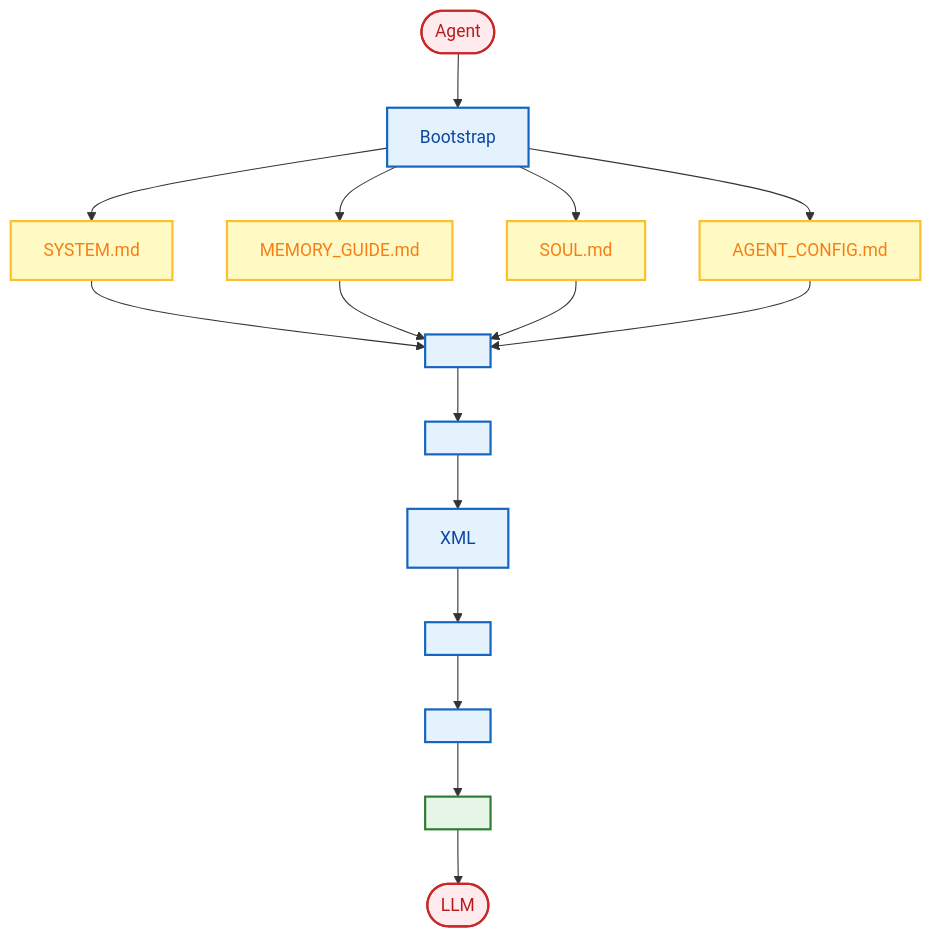
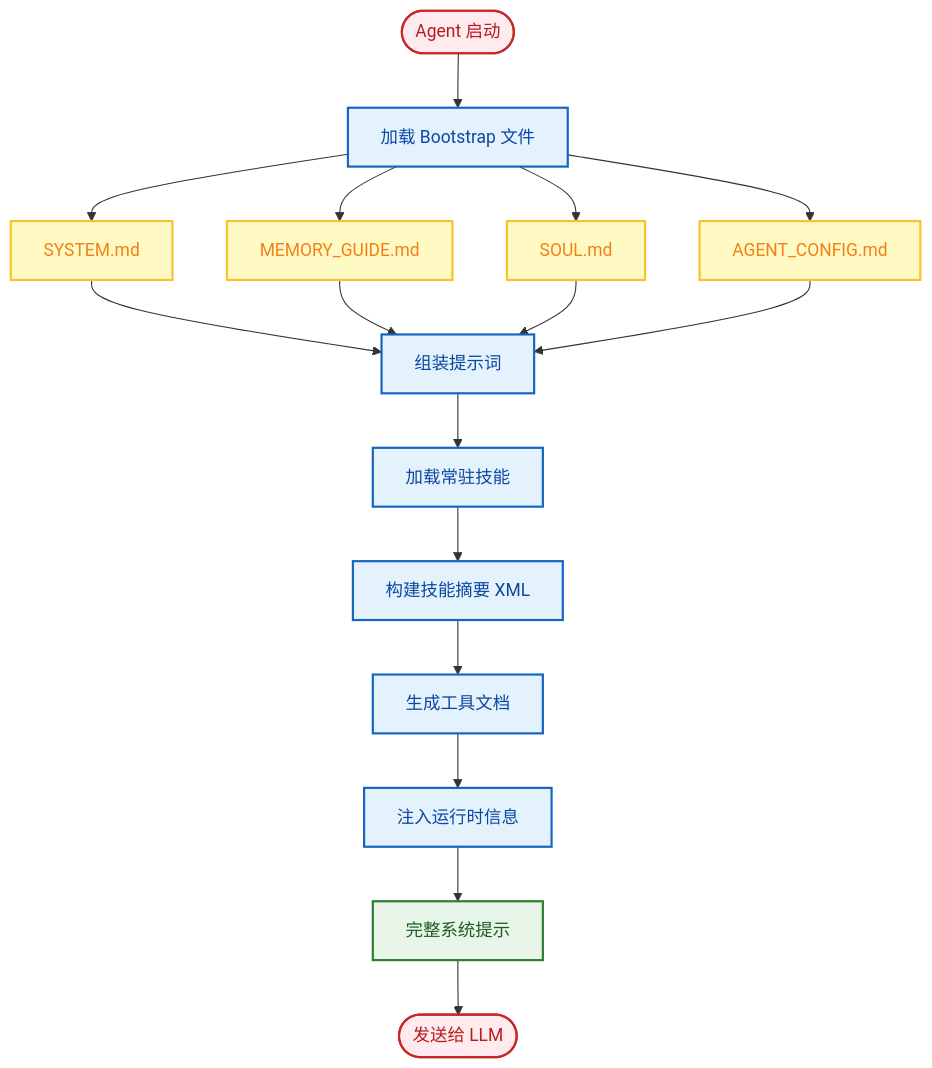
One commit to xt765/FinchBot changed the fourth of 6 diagrams in docs/zh-CN/blog/finchbot-flexible-ai-agent-framework.md. Above: the diagram before and after it, drawn with Mermaid. The commit also changed other lines of this file, not shown here.

````diff
--- a/docs/zh-CN/blog/finchbot-flexible-ai-agent-framework.md
+++ b/docs/zh-CN/blog/finchbot-flexible-ai-agent-framework.md
@@ -287,28 +368,27 @@
 ```mermaid
 flowchart TD
-    %% 
     classDef startEnd fill:#ffebee,stroke:#c62828,stroke-width:2px,color:#b71c1c;
     classDef process fill:#e3f2fd,stroke:#1565c0,stroke-width:2px,color:#0d47a1;
     classDef file fill:#fff9c4,stroke:#fbc02d,stroke-width:2px,color:#f57f17;
     classDef output fill:#e8f5e9,stroke:#2e7d32,stroke-width:2px,color:#1b5e20;
 
-    A([ Agent ]):::startEnd --> B[  Bootstrap ]:::process
+    A([Agent 启动]):::startEnd --> B[加载 Bootstrap 文件]:::process
     
     B --> C[SYSTEM.md]:::file
     B --> D[MEMORY_GUIDE.md]:::file
     B --> E[SOUL.md]:::file
     B --> F[AGENT_CONFIG.md]:::file
 
-    C --> G[ ]:::process
+    C --> G[组装提示词]:::process
     D --> G
     E --> G
     F --> G
 
-    G --> H[ ]:::process
-    H --> I[  XML]:::process
-    I --> J[ ]:::process
-    J --> K[ ]:::process
-    K --> L[ ]:::output
+    G --> H[加载常驻技能]:::process
+    H --> I[构建技能摘要 XML]:::process
+    I --> J[生成工具文档]:::process
+    J --> K[注入运行时信息]:::process
+    K --> L[完整系统提示]:::output
 
-    L --> M([  LLM]):::startEnd
+    L --> M([发送给 LLM]):::startEnd
 ```
````
